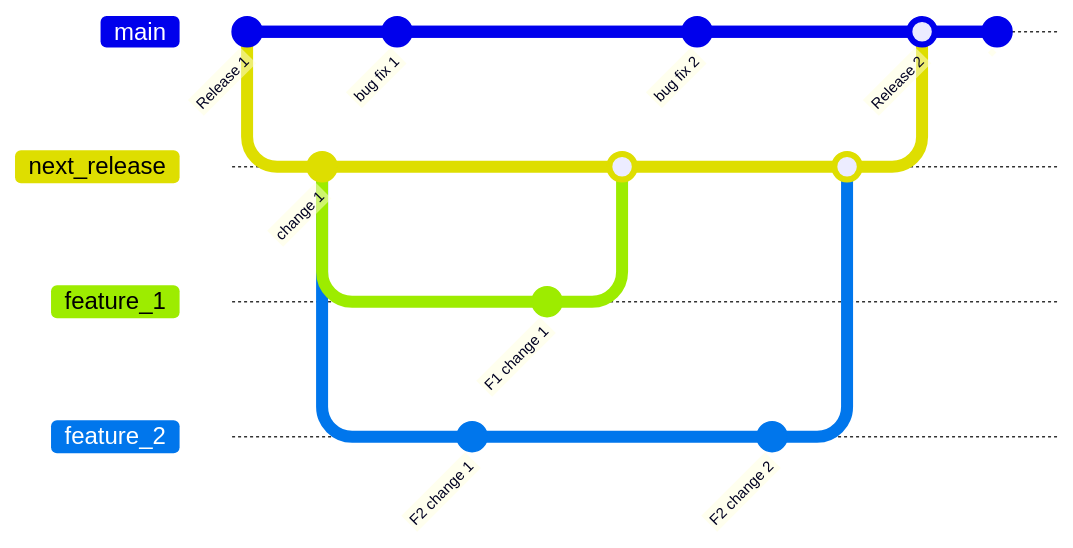
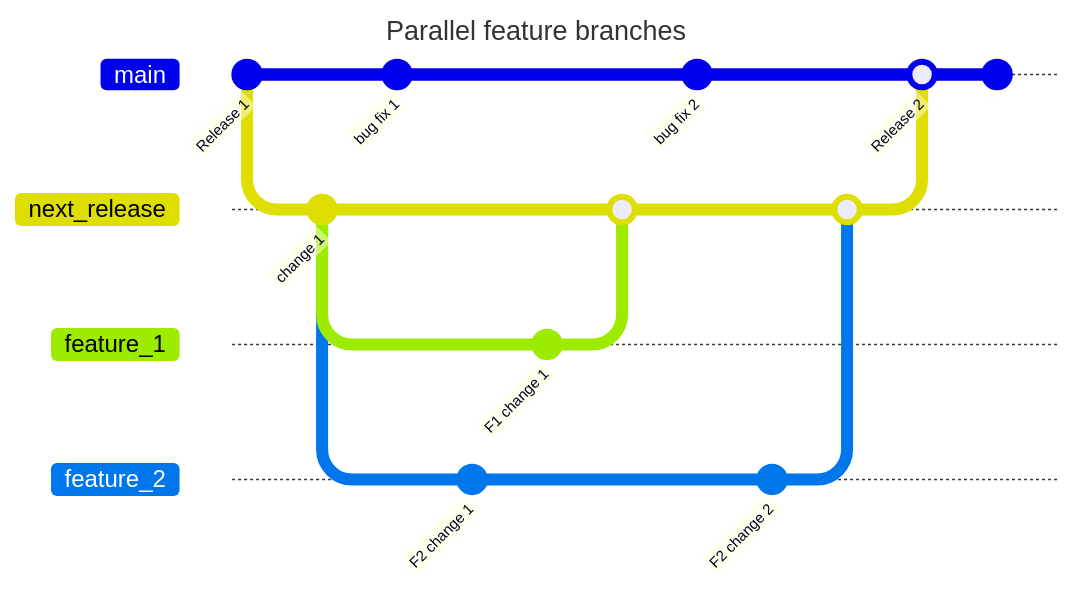
One commit to edinburgh-napier/SET09102 changed the third of 3 diagrams in notes/unit2_processes/branching.md. Above: the diagram before and after it, drawn with Mermaid. The commit also changed other lines of this file, not shown here.

Commit message:
Version control

````diff
--- a/notes/unit2_processes/branching.md
+++ b/notes/unit2_processes/branching.md
@@ -96,28 +99,31 @@
 ``` mermaid
+---
+title: Parallel feature branches
+---
 gitGraph
    commit id: " "
    commit id: "Release 1"
    branch next_release
    checkout next_release
    commit id: "change 1"
    checkout main
    commit id: "bug fix 1"
    checkout next_release
    branch feature_1
    branch feature_2
    checkout feature_2
    commit id: "F2 change 1"
    checkout feature_1
    commit id: "F1 change 1"
    checkout next_release
    merge feature_1
    checkout main
    commit id: "bug fix 2"
    checkout feature_2
    commit id: "F2 change 2"
    checkout next_release
    merge feature_2
    checkout main
    merge next_release id: "Release 2"
    commit id: " "
 ```
````
